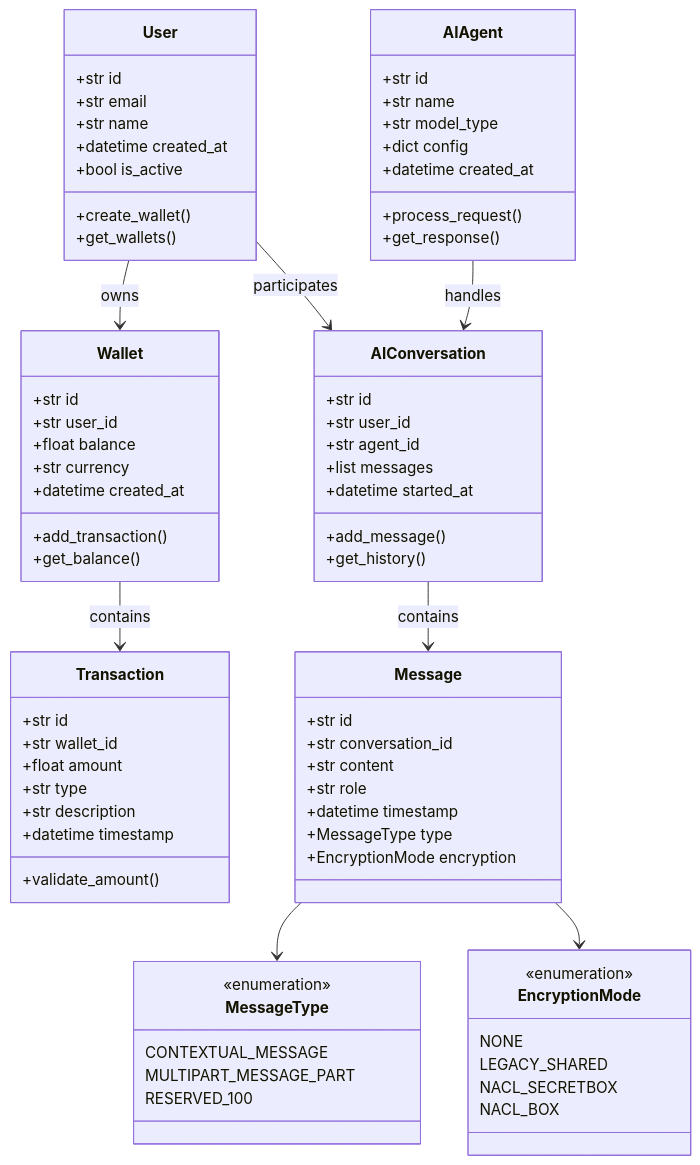
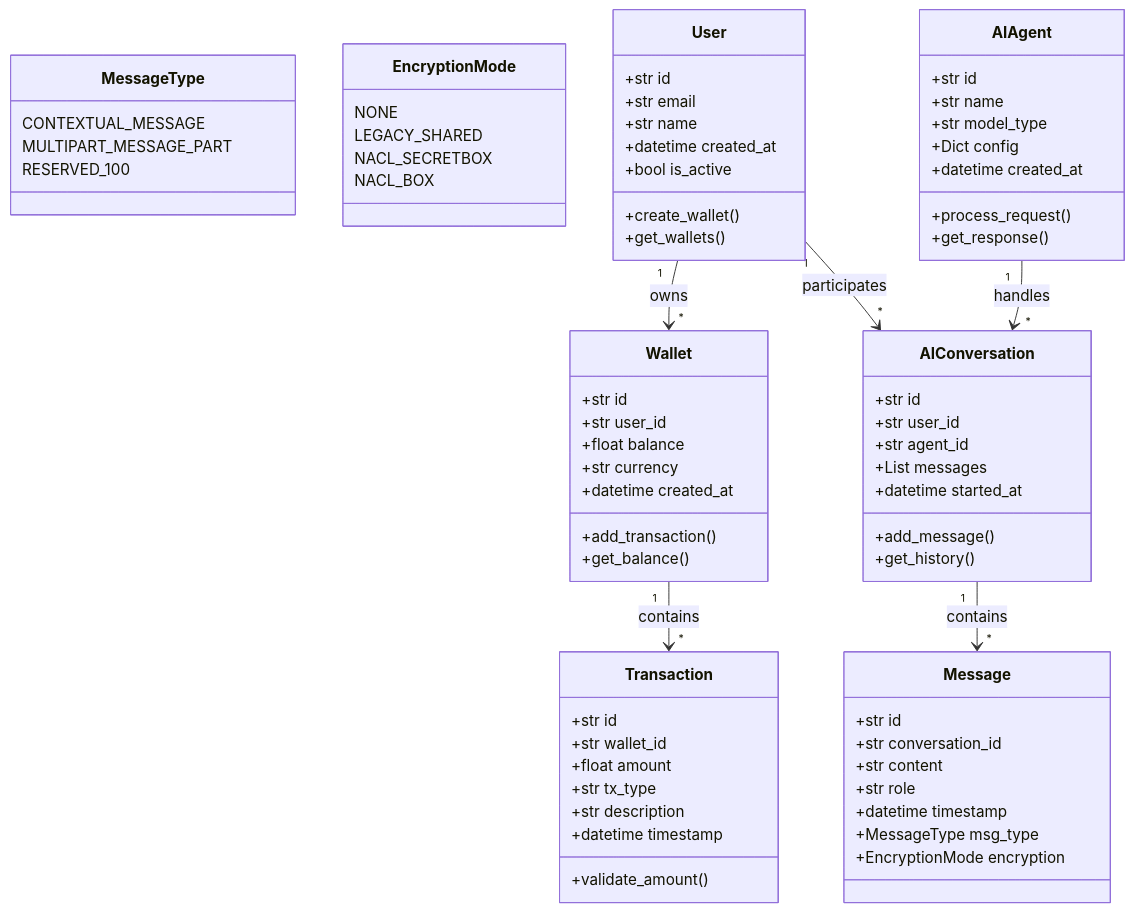
One commit to postfiatorg/postfiat-sdk changed the second of 7 diagrams in docs/ARCHITECTURE.md. Above: the diagram before and after it, drawn with Mermaid. The commit also changed other lines of this file and 6 other files, not shown here.

First line of the commit message:
fix: resolve mermaid diagram syntax errors and improve dynamic versioning

````diff
--- a/docs/ARCHITECTURE.md
+++ b/docs/ARCHITECTURE.md
@@ -270,5 +270,18 @@
 ```mermaid
 classDiagram
+    class MessageType {
+        CONTEXTUAL_MESSAGE
+        MULTIPART_MESSAGE_PART
+        RESERVED_100
+    }
+
+    class EncryptionMode {
+        NONE
+        LEGACY_SHARED
+        NACL_SECRETBOX
+        NACL_BOX
+    }
+
     class User {
         +str id
         +str email
@@ -293,7 +306,7 @@
         +str id
         +str wallet_id
         +float amount
-        +str type
+        +str tx_type
         +str description
         +datetime timestamp
         +validate_amount()
@@ -303,7 +316,7 @@
         +str id
         +str name
         +str model_type
-        +dict config
+        +Dict config
         +datetime created_at
         +process_request()
         +get_response()
@@ -313,7 +326,7 @@
         +str id
         +str user_id
         +str agent_id
-        +list messages
+        +List messages
         +datetime started_at
         +add_message()
         +get_history()
@@ -325,33 +338,16 @@
         +str content
         +str role
         +datetime timestamp
-        +MessageType type
+        +MessageType msg_type
         +EncryptionMode encryption
     }
 
     %% Relationships
-    User --> Wallet : owns
-    Wallet --> Transaction : contains
-    User --> AIConversation : participates
-    AIAgent --> AIConversation : handles
-    AIConversation --> Message : contains
+    User "1" --> "*" Wallet : owns
+    Wallet "1" --> "*" Transaction : contains
+    User "1" --> "*" AIConversation : participates
+    AIAgent "1" --> "*" AIConversation : handles
+    AIConversation "1" --> "*" Message : contains
 
-    %% Enums
-    class MessageType {
-        <<enumeration>>
-        CONTEXTUAL_MESSAGE
-        MULTIPART_MESSAGE_PART
-        RESERVED_100
-    }
 
-    class EncryptionMode {
-        <<enumeration>>
-        NONE
-        LEGACY_SHARED
-        NACL_SECRETBOX
-        NACL_BOX
-    }
-
-    Message --> MessageType
-    Message --> EncryptionMode
 ```
````
